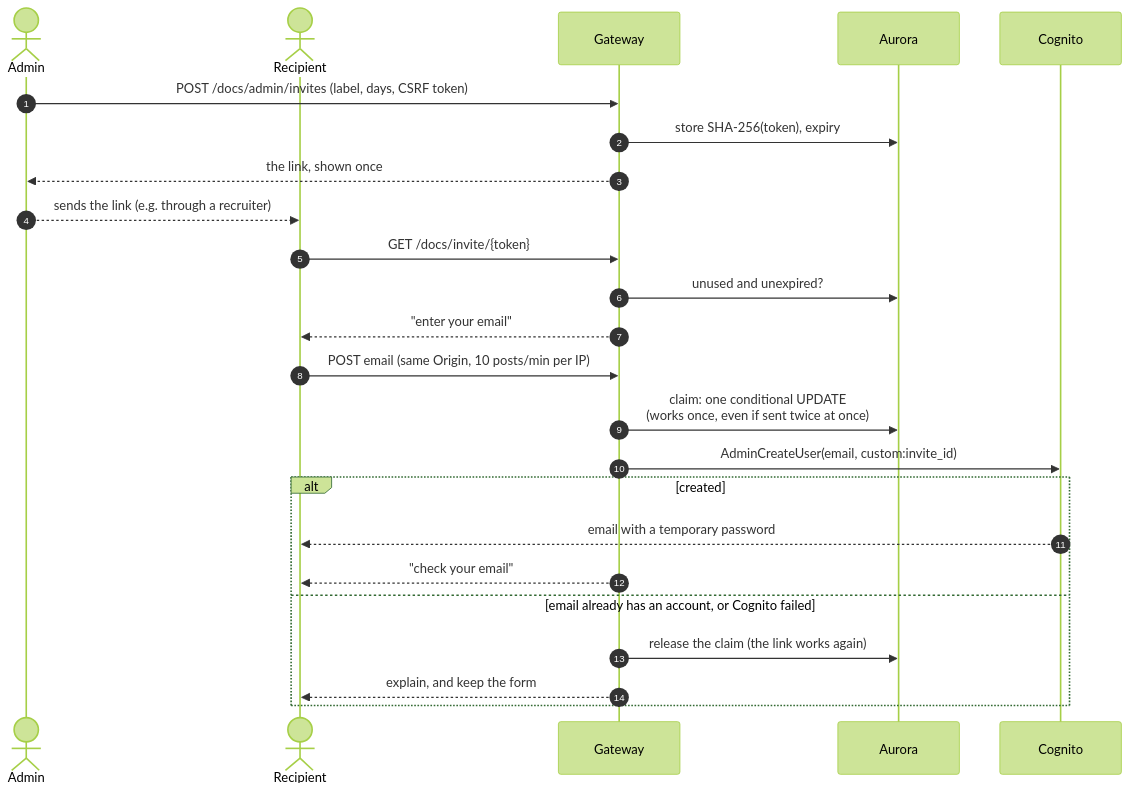
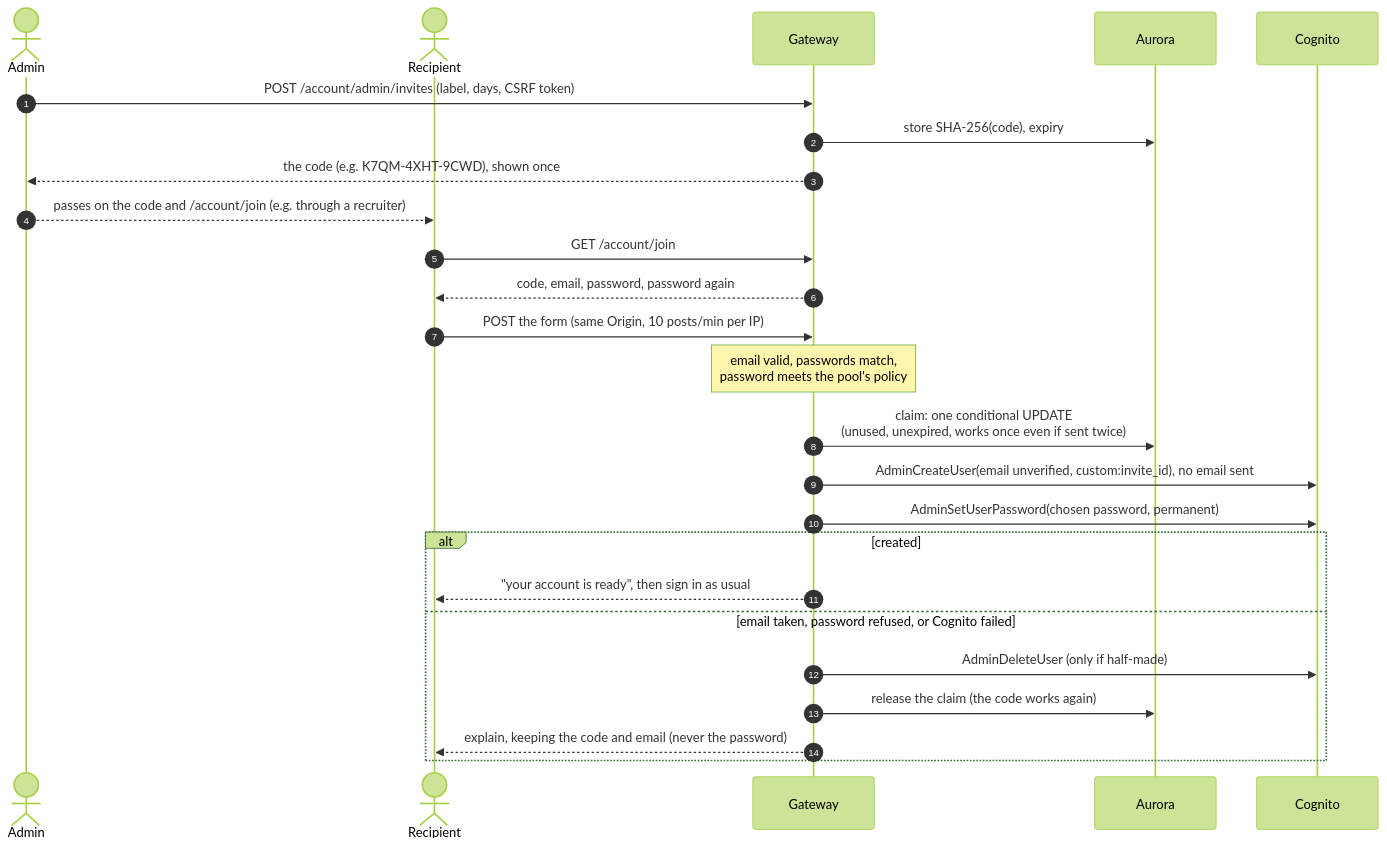
Before and after one commit to zip-agents/api-gateway: the third of 4 diagrams in docs/auth.md, drawn with Mermaid (forest theme). The commit also changed other lines of this file and 69 other files, not shown here.

````diff
--- a/docs/auth.md
+++ b/docs/auth.md
@@ -92,27 +100,28 @@
 ```mermaid
 sequenceDiagram
     autonumber
     actor A as Admin
     actor R as Recipient
     participant G as Gateway
     participant DB as Aurora
     participant C as Cognito
 
-    A->>G: POST /docs/admin/invites (label, days, CSRF token)
-    G->>DB: store SHA-256(token), expiry
-    G-->>A: the link, shown once
-    A-->>R: sends the link (e.g. through a recruiter)
-    R->>G: GET /docs/invite/{token}
-    G->>DB: unused and unexpired?
-    G-->>R: "enter your email"
-    R->>G: POST email (same Origin, 10 posts/min per IP)
-    G->>DB: claim: one conditional UPDATE<br/>(works once, even if sent twice at once)
-    G->>C: AdminCreateUser(email, custom:invite_id)
+    A->>G: POST /account/admin/invites (label, days, CSRF token)
+    G->>DB: store SHA-256(code), expiry
+    G-->>A: the code (e.g. K7QM-4XHT-9CWD), shown once
+    A-->>R: passes on the code and /account/join (e.g. through a recruiter)
+    R->>G: GET /account/join
+    G-->>R: code, email, password, password again
+    R->>G: POST the form (same Origin, 10 posts/min per IP)
+    Note over G: email valid, passwords match,<br/>password meets the pool's policy
+    G->>DB: claim: one conditional UPDATE<br/>(unused, unexpired, works once even if sent twice)
+    G->>C: AdminCreateUser(email unverified, custom:invite_id), no email sent
+    G->>C: AdminSetUserPassword(chosen password, permanent)
     alt created
-        C-->>R: email with a temporary password
-        G-->>R: "check your email"
-    else email already has an account, or Cognito failed
-        G->>DB: release the claim (the link works again)
-        G-->>R: explain, and keep the form
+        G-->>R: "your account is ready", then sign in as usual
+    else email taken, password refused, or Cognito failed
+        G->>C: AdminDeleteUser (only if half-made)
+        G->>DB: release the claim (the code works again)
+        G-->>R: explain, keeping the code and email (never the password)
     end
 ```
````
